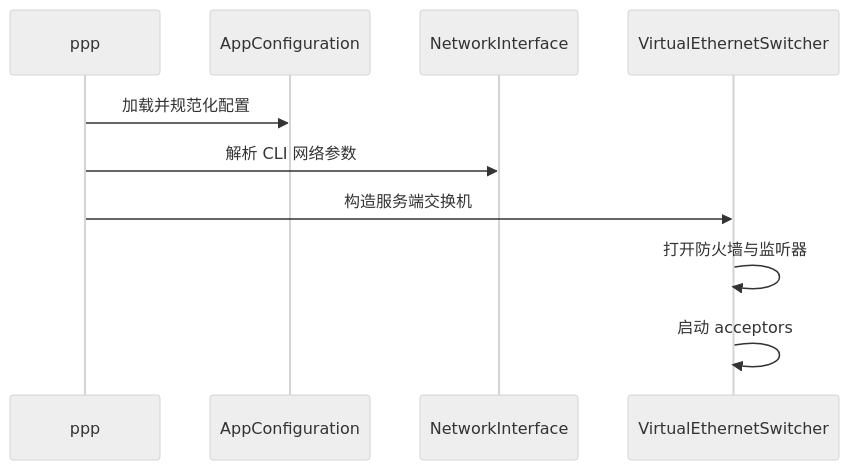
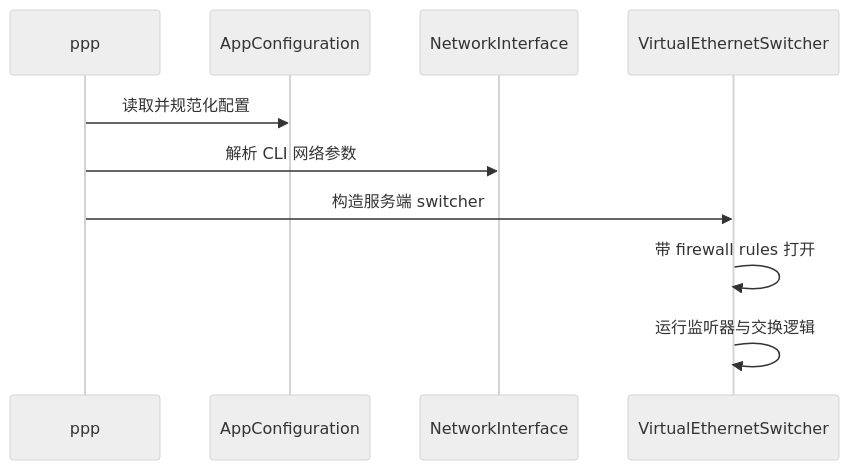
Before and after one commit to HyacinthHaru/openppp2: the third of 4 diagrams in docs/USER_MANUAL_CN.md, drawn with Mermaid (neutral theme). The commit also changed other lines of this file and 4 other files, not shown here.

````diff
--- a/docs/USER_MANUAL_CN.md
+++ b/docs/USER_MANUAL_CN.md
@@ -65,12 +193,12 @@
 ```mermaid
 sequenceDiagram
     participant P as ppp
     participant C as AppConfiguration
     participant N as NetworkInterface
     participant S as VirtualEthernetSwitcher
-    P->>C: 加载并规范化配置
+    P->>C: 读取并规范化配置
     P->>N: 解析 CLI 网络参数
-    P->>S: 构造服务端交换机
-    S->>S: 打开防火墙与监听器
-    S->>S: 启动 acceptors
+    P->>S: 构造服务端 switcher
+    S->>S: 带 firewall rules 打开
+    S->>S: 运行监听器与交换逻辑
 ```
````
